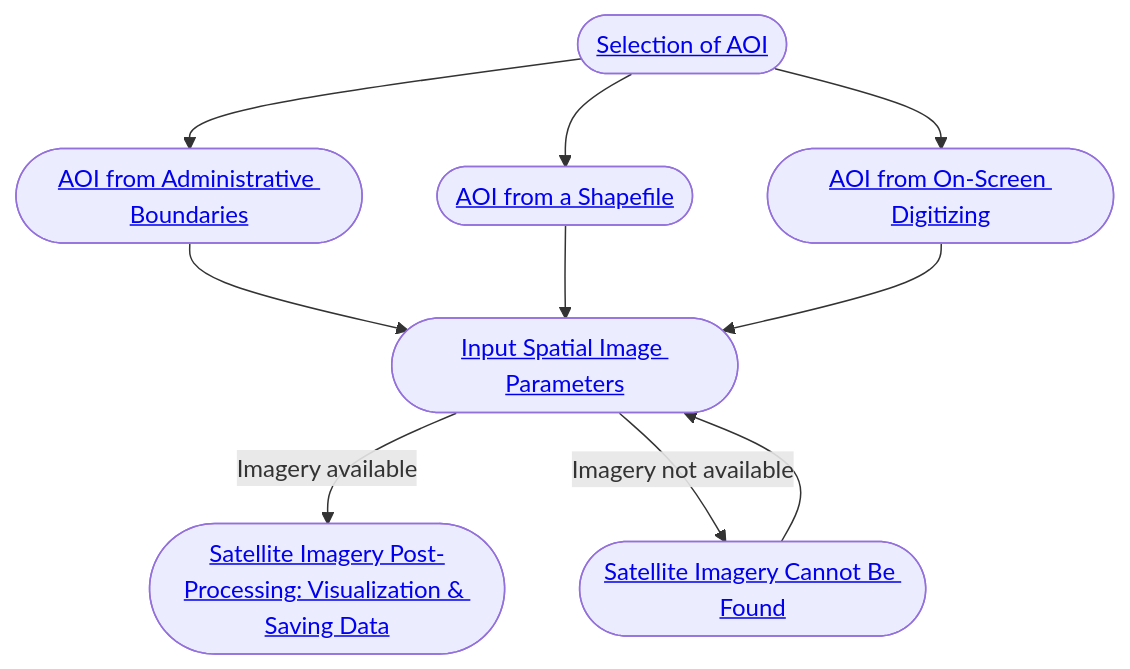
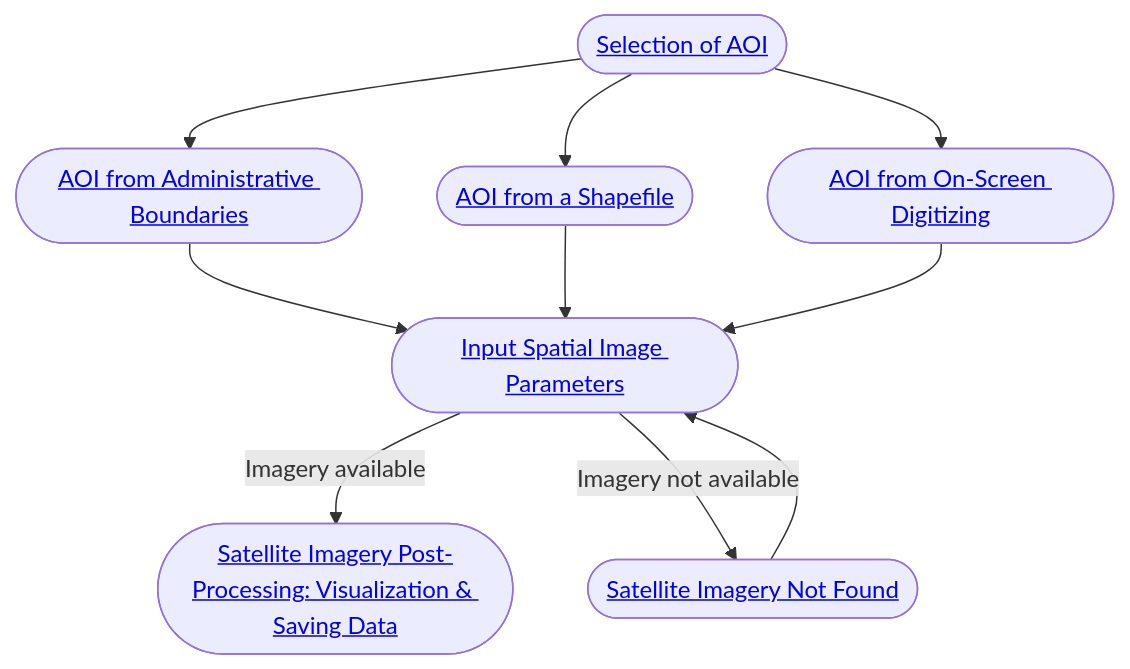
The diagram in module01.qmd (epistem-io/epistemx-technical-documentation), drawn with Mermaid before and after one commit. The commit also changed other lines of this file and 3 other files, not shown here.

````diff
--- a/module01.qmd
+++ b/module01.qmd
@@ -29,27 +29,27 @@
 ```{mermaid}
 
 flowchart TD
 
 A([<a href="#sec-selection-of-aoi">Selection of AOI</a>])
 B([<a href="#sec-aoi-from-administrative-boundaries">AOI from Administrative Boundaries</a>])
 C([<a href="#sec-aoi-from-a-shapefile">AOI from a Shapefile</a>])
 D([<a href="#sec-aoi-from-on-screen-digitizing">AOI from On-Screen Digitizing</a>])
 E([<a href="#sec-input-spatial-image-parameters">Input Spatial Image Parameters</a>])
-F([<a href="#sec-satellite-imagery-cannot-be-found">Satellite Imagery Cannot Be Found</a>])
+F([<a href="#sec-satellite-imagery-cannot-be-found">Satellite Imagery Not Found</a>])
 G([<a href="#sec-satellite-imagery-post-processing">Satellite Imagery Post-Processing: Visualization & Saving Data</a>])
 
 %% Flow connections
 A --> B
 A --> C
 A --> D
 
 B --> E
 C --> E
 D --> E
 
 E -->|Imagery available| G
 E -->|Imagery not available| F
 
 F --> E
 
 ```
````
